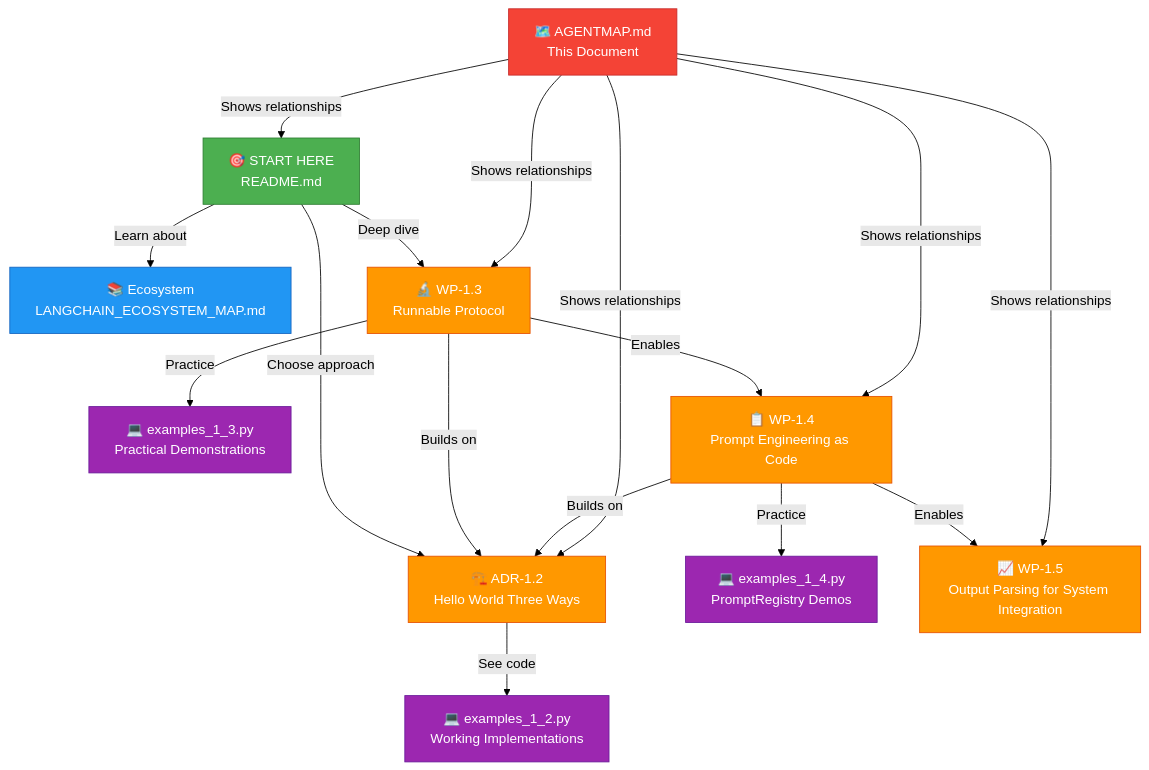
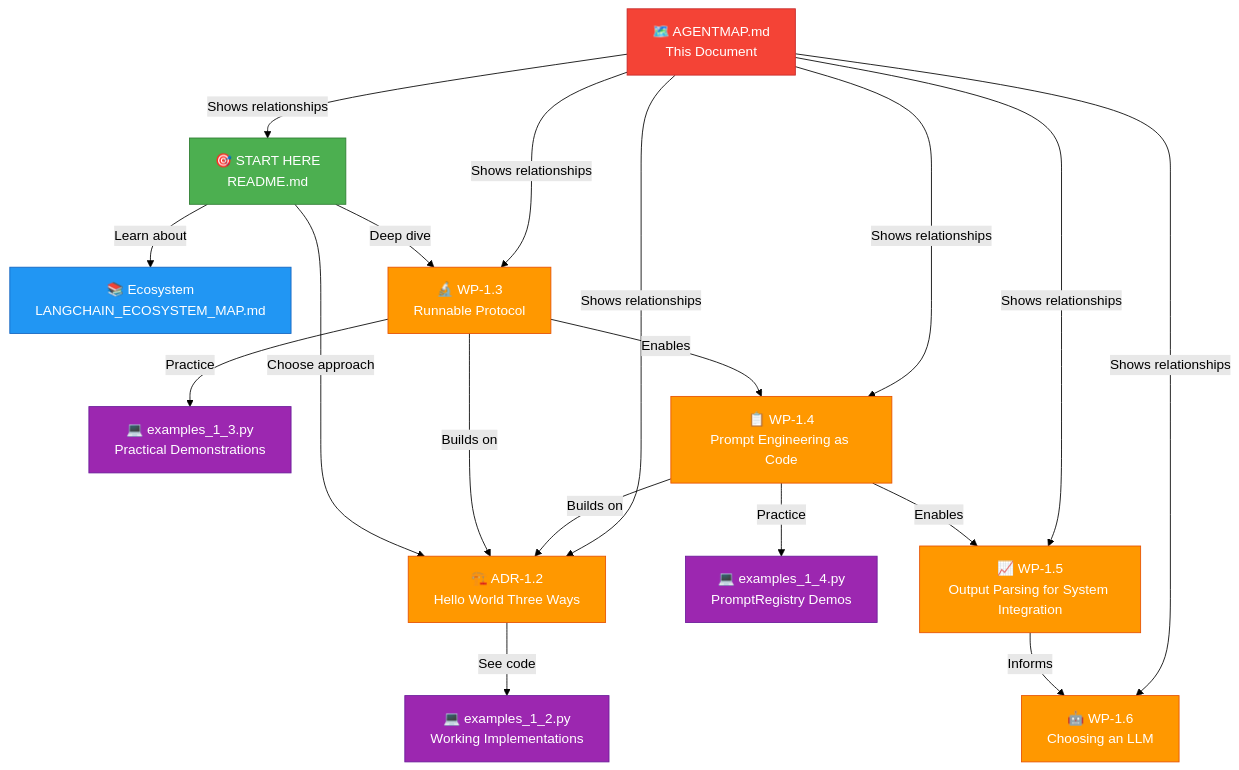
The diagram in AGENTMAP.md (pristley/ai-architecture-blueprints), drawn with Mermaid (forest theme) before and after one commit. The commit also changed other lines of this file and 9 other files, not shown here.

````diff
--- a/AGENTMAP.md
+++ b/AGENTMAP.md
@@ -11,40 +11,44 @@
 ```mermaid
 graph TB
     START["🎯 START HERE<br/>README.md"] 
     ECOSYSTEM["📚 Ecosystem<br/>LANGCHAIN_ECOSYSTEM_MAP.md"]
     ADR12["🏗️ ADR-1.2<br/>Hello World Three Ways"]
     EX12["💻 examples_1_2.py<br/>Working Implementations"]
     WP13["🔬 WP-1.3<br/>Runnable Protocol"]
     EX13["💻 examples_1_3.py<br/>Practical Demonstrations"]
     WP14["📋 WP-1.4<br/>Prompt Engineering as Code"]
       EX14["💻 examples_1_4.py<br/>PromptRegistry Demos"]
       WP15["📈 WP-1.5<br/>Output Parsing for System Integration"]
+         WP16["🤖 WP-1.6<br/>Choosing an LLM"]
     AGENTMAP["🗺️ AGENTMAP.md<br/>This Document"]
     
     START -->|Learn about| ECOSYSTEM
     START -->|Choose approach| ADR12
     ADR12 -->|See code| EX12
     START -->|Deep dive| WP13
     WP13 -->|Practice| EX13
     WP13 -->|Builds on| ADR12
     WP13 -->|Enables| WP14
       WP14 -->|Enables| WP15
+         WP15 -->|Informs| WP16
     WP14 -->|Practice| EX14
     WP14 -->|Builds on| ADR12
     AGENTMAP -->|Shows relationships| START
     AGENTMAP -->|Shows relationships| ADR12
     AGENTMAP -->|Shows relationships| WP13
     AGENTMAP -->|Shows relationships| WP14
       AGENTMAP -->|Shows relationships| WP15
+      AGENTMAP -->|Shows relationships| WP16
     
     style START fill:#4CAF50,stroke:#2E7D32,color:#fff
     style ECOSYSTEM fill:#2196F3,stroke:#1565C0,color:#fff
     style ADR12 fill:#FF9800,stroke:#E65100,color:#fff
     style EX12 fill:#9C27B0,stroke:#6A1B9A,color:#fff
     style WP13 fill:#FF9800,stroke:#E65100,color:#fff
     style EX13 fill:#9C27B0,stroke:#6A1B9A,color:#fff
     style WP14 fill:#FF9800,stroke:#E65100,color:#fff
     style EX14 fill:#9C27B0,stroke:#6A1B9A,color:#fff
       style WP15 fill:#FF9800,stroke:#E65100,color:#fff
+         style WP16 fill:#FF9800,stroke:#E65100,color:#fff
     style AGENTMAP fill:#F44336,stroke:#C62828,color:#fff
 ```
````
